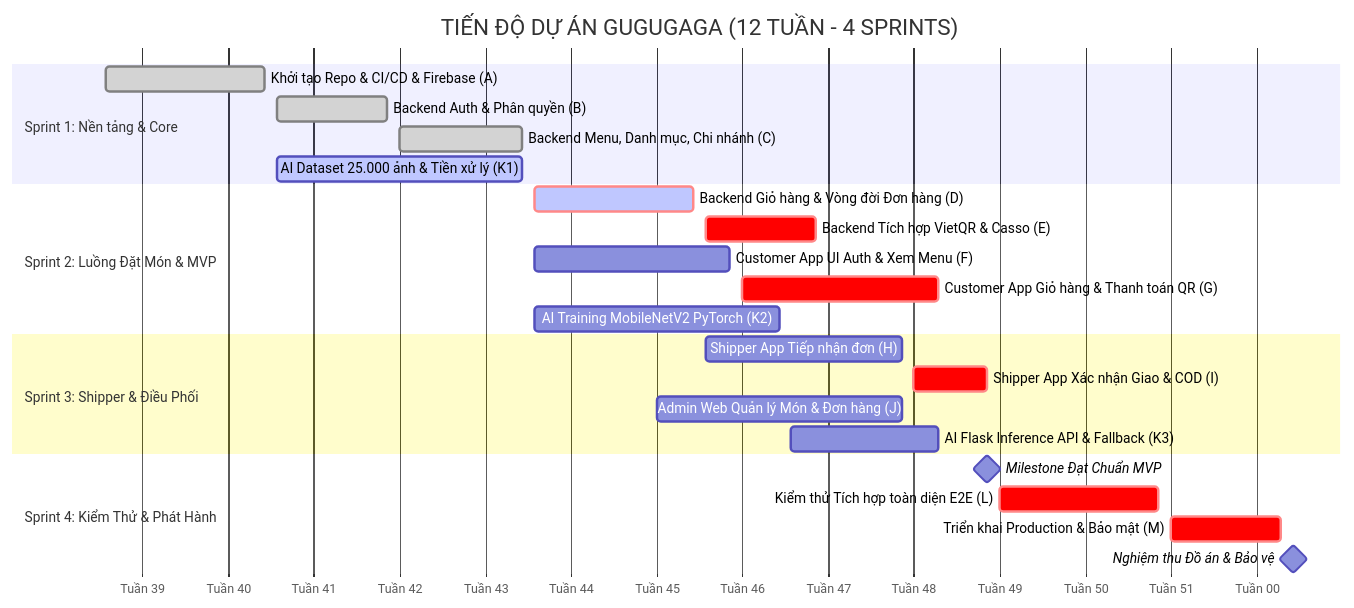
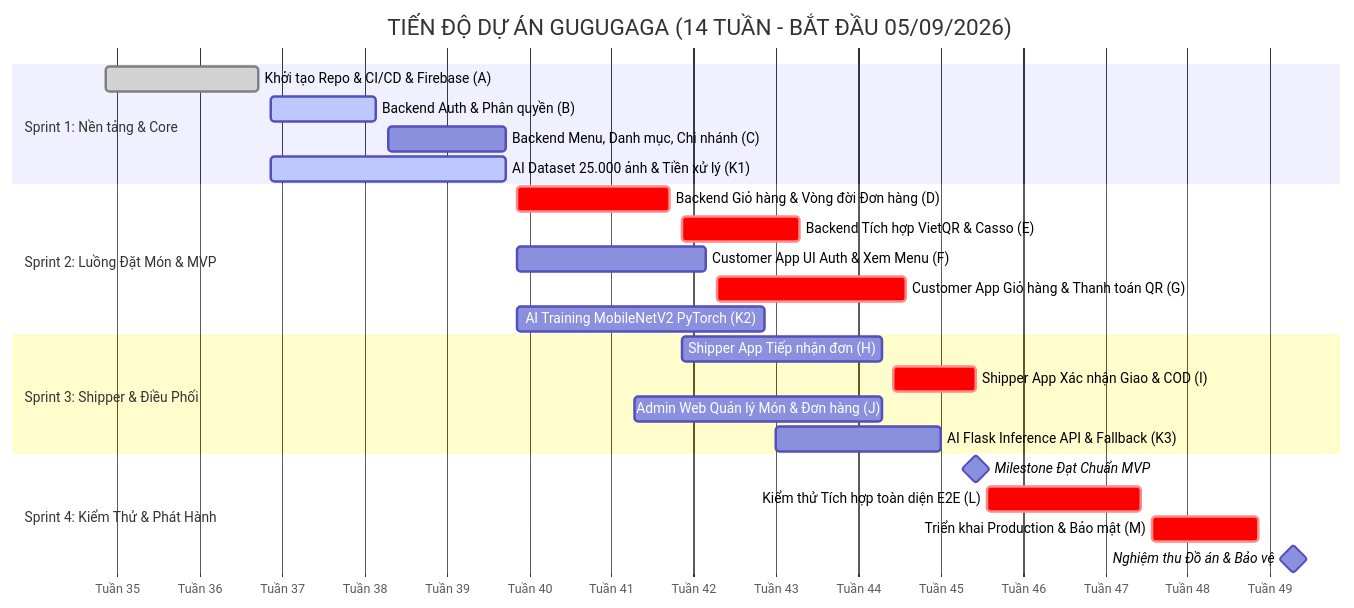
The third of 3 diagrams in WBS_Project_Management.md (HuyVo117/GuGuGaGa), drawn with Mermaid before and after one commit. The commit also changed other lines of this file, not shown here.

Commit message:
docs: update WBS project management document

````diff
--- a/WBS_Project_Management.md
+++ b/WBS_Project_Management.md
@@ -296,31 +296,31 @@
 ```mermaid
 gantt
-    title TIẾN ĐỘ DỰ ÁN GUGUGAGA (12 TUẦN - 4 SPRINTS)
+    title TIẾN ĐỘ DỰ ÁN GUGUGAGA (14 TUẦN - BẮT ĐẦU 05/09/2026)
     dateFormat  YYYY-MM-DD
     axisFormat  Tuần %W
 
     section Sprint 1: Nền tảng & Core
-    Khởi tạo Repo & CI/CD & Firebase (A)       :done, a1, 2026-10-01, 2026-10-14
-    Backend Auth & Phân quyền (B)              :done, b1, 2026-10-15, 2026-10-24
-    Backend Menu, Danh mục, Chi nhánh (C)      :done, c1, 2026-10-25, 2026-11-04
-    AI Dataset 25.000 ảnh & Tiền xử lý (K1)   :active, k1, 2026-10-15, 2026-11-04
+    Khởi tạo Repo & CI/CD & Firebase (A)       :done, a1, 2026-09-05, 2026-09-18
+    Backend Auth & Phân quyền (B)              :active, b1, 2026-09-19, 2026-09-28
+    Backend Menu, Danh mục, Chi nhánh (C)      :c1, 2026-09-29, 2026-10-09
+    AI Dataset 25.000 ảnh & Tiền xử lý (K1)   :active, k1, 2026-09-19, 2026-10-09
 
     section Sprint 2: Luồng Đặt Món & MVP
-    Backend Giỏ hàng & Vòng đời Đơn hàng (D)   :crit, active, d1, 2026-11-05, 2026-11-18
-    Backend Tích hợp VietQR & Casso (E)        :crit, e1, 2026-11-19, 2026-11-28
-    Customer App UI Auth & Xem Menu (F)        :f1, 2026-11-05, 2026-11-21
-    Customer App Giỏ hàng & Thanh toán QR (G)  :crit, g1, 2026-11-22, 2026-12-08
-    AI Training MobileNetV2 PyTorch (K2)       :k2, 2026-11-05, 2026-11-25
+    Backend Giỏ hàng & Vòng đời Đơn hàng (D)   :crit, d1, 2026-10-10, 2026-10-23
+    Backend Tích hợp VietQR & Casso (E)        :crit, e1, 2026-10-24, 2026-11-03
+    Customer App UI Auth & Xem Menu (F)        :f1, 2026-10-10, 2026-10-26
+    Customer App Giỏ hàng & Thanh toán QR (G)  :crit, g1, 2026-10-27, 2026-11-12
+    AI Training MobileNetV2 PyTorch (K2)       :k2, 2026-10-10, 2026-10-31
 
     section Sprint 3: Shipper & Điều Phối
-    Shipper App Tiếp nhận đơn (H)              :h1, 2026-11-19, 2026-12-05
-    Shipper App Xác nhận Giao & COD (I)        :crit, i1, 2026-12-06, 2026-12-12
-    Admin Web Quản lý Món & Đơn hàng (J)       :j1, 2026-11-15, 2026-12-05
-    AI Flask Inference API & Fallback (K3)     :k3, 2026-11-26, 2026-12-08
+    Shipper App Tiếp nhận đơn (H)              :h1, 2026-10-24, 2026-11-10
+    Shipper App Xác nhận Giao & COD (I)        :crit, i1, 2026-11-11, 2026-11-18
+    Admin Web Quản lý Món & Đơn hàng (J)       :j1, 2026-10-20, 2026-11-10
+    AI Flask Inference API & Fallback (K3)     :k3, 2026-11-01, 2026-11-15
 
     section Sprint 4: Kiểm Thử & Phát Hành
-    Milestone Đạt Chuẩn MVP                    :milestone, m1, 2026-12-12, 0d
-    Kiểm thử Tích hợp toàn diện E2E (L)        :crit, l1, 2026-12-13, 2026-12-26
-    Triển khai Production & Bảo mật (M)        :crit, m2, 2026-12-27, 2027-01-05
-    Nghiệm thu Đồ án & Bảo vệ                  :milestone, m3, 2027-01-06, 0d
+    Milestone Đạt Chuẩn MVP                    :milestone, m1, 2026-11-18, 0d
+    Kiểm thử Tích hợp toàn diện E2E (L)        :crit, l1, 2026-11-19, 2026-12-02
+    Triển khai Production & Bảo mật (M)        :crit, m2, 2026-12-03, 2026-12-12
+    Nghiệm thu Đồ án & Bảo vệ                  :milestone, m3, 2026-12-15, 0d
 ```
````
